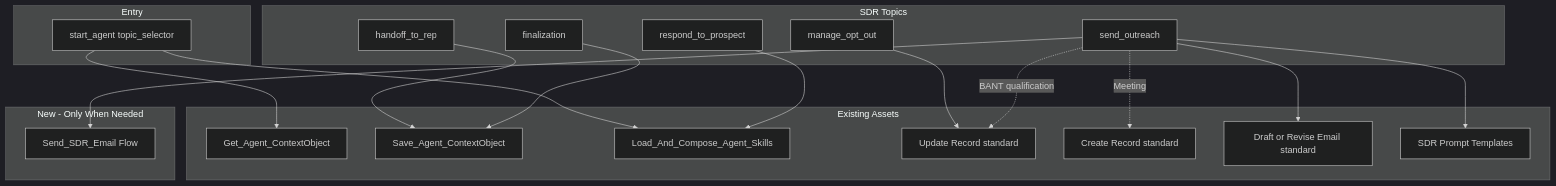
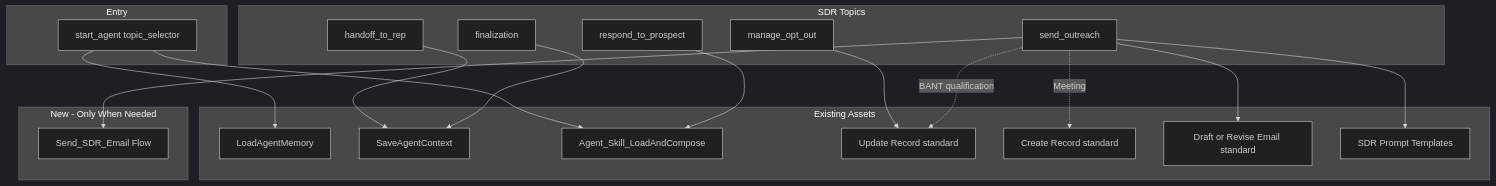
The diagram in docs/SDR Agent Implementation Plan.md (Therciosb/Agentforce-Skills), drawn with Mermaid (dark theme) before and after one commit. The commit also changed other lines of this file and 85 other files, not shown here.

````diff
--- a/docs/SDR Agent Implementation Plan.md
+++ b/docs/SDR Agent Implementation Plan.md
@@ -52,40 +52,40 @@
 ```mermaid
 flowchart TB
     subgraph entry [Entry]
         startAgent[start_agent topic_selector]
     end
 
     subgraph existing [Existing Assets]
-        getContext[Get_Agent_ContextObject]
-        saveContext[Save_Agent_ContextObject]
-        loadCompose[Load_And_Compose_Agent_Skills]
+        getContext[LoadAgentMemory]
+        saveContext[SaveAgentContext]
+        loadCompose[Agent_Skill_LoadAndCompose]
         updateRecord[Update Record standard]
         createRecord[Create Record standard]
         draftEmail[Draft or Revise Email standard]
         promptTemplates[SDR Prompt Templates]
     end
 
     subgraph sdrTopics [SDR Topics]
         sendOutreach[send_outreach]
         respondProspect[respond_to_prospect]
         manageOptOut[manage_opt_out]
         handoff[handoff_to_rep]
         finalization[finalization]
     end
 
     subgraph newOnly [New - Only When Needed]
         sendEmailFlow[Send_SDR_Email Flow]
     end
 
     startAgent --> getContext
     startAgent --> loadCompose
     sendOutreach --> draftEmail
     sendOutreach --> promptTemplates
     sendOutreach --> sendEmailFlow
     respondProspect --> loadCompose
     manageOptOut --> updateRecord
     handoff --> saveContext
     finalization --> saveContext
     sendOutreach -.->|BANT qualification| updateRecord
     sendOutreach -.->|Meeting| createRecord
 ```
````
